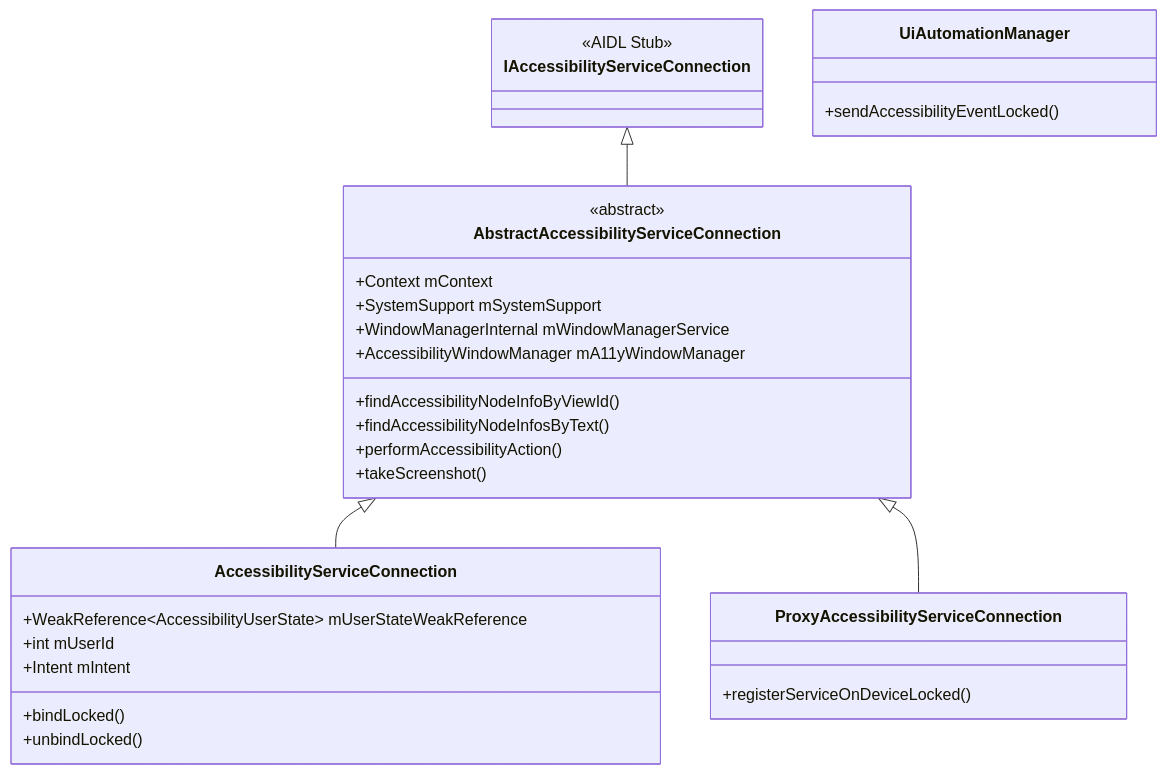
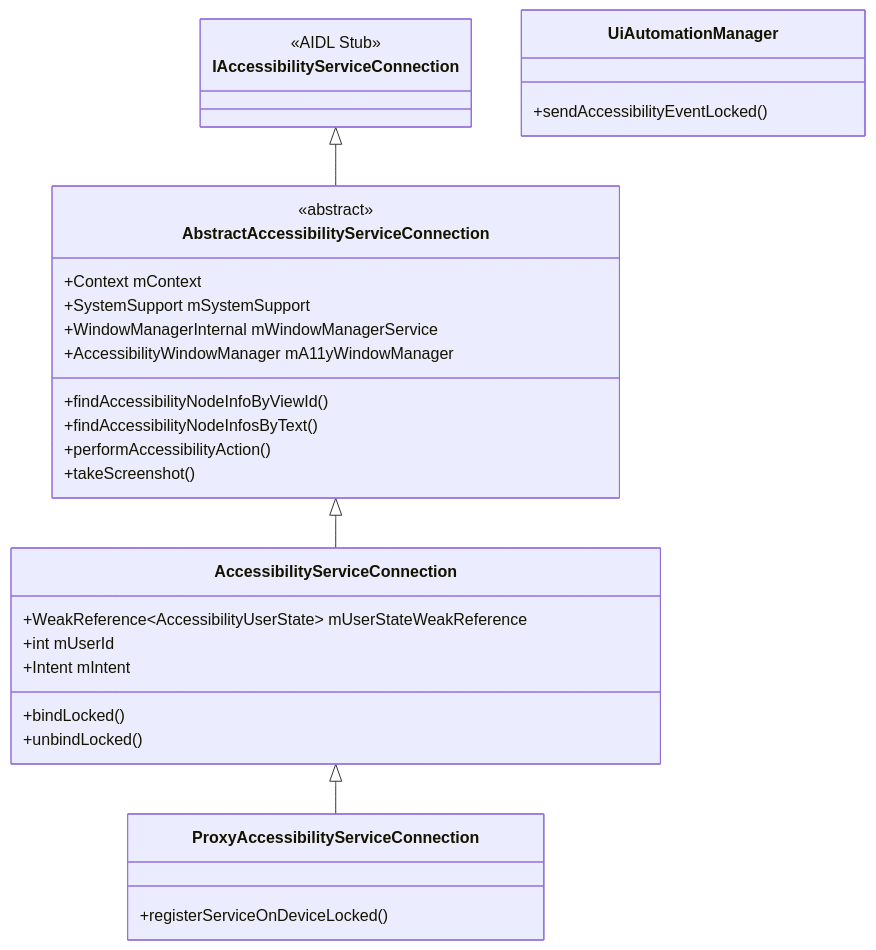
One commit to aospbooks/aosp-internal-book changed the fifth of 23 diagrams in agents/claude/skills/aosp-ui-framework/46-accessibility.md. Above: the diagram before and after it, drawn with Mermaid. The commit also changed other lines of this file and 218 other files, not shown here.

````diff
--- a/agents/claude/skills/aosp-ui-framework/46-accessibility.md
+++ b/agents/claude/skills/aosp-ui-framework/46-accessibility.md
@@ -645,38 +646,38 @@
 ```mermaid
 classDiagram
     class IAccessibilityServiceConnection {
         <<AIDL Stub>>
     }
 
     class AbstractAccessibilityServiceConnection {
         <<abstract>>
         +Context mContext
         +SystemSupport mSystemSupport
         +WindowManagerInternal mWindowManagerService
         +AccessibilityWindowManager mA11yWindowManager
         +findAccessibilityNodeInfoByViewId()
         +findAccessibilityNodeInfosByText()
         +performAccessibilityAction()
         +takeScreenshot()
     }
 
     class AccessibilityServiceConnection {
         +WeakReference~AccessibilityUserState~ mUserStateWeakReference
         +int mUserId
         +Intent mIntent
         +bindLocked()
         +unbindLocked()
     }
 
     class ProxyAccessibilityServiceConnection {
         +registerServiceOnDeviceLocked()
     }
 
     class UiAutomationManager {
         +sendAccessibilityEventLocked()
     }
 
     IAccessibilityServiceConnection <|-- AbstractAccessibilityServiceConnection
     AbstractAccessibilityServiceConnection <|-- AccessibilityServiceConnection
-    AbstractAccessibilityServiceConnection <|-- ProxyAccessibilityServiceConnection
+    AccessibilityServiceConnection <|-- ProxyAccessibilityServiceConnection
 ```
````
